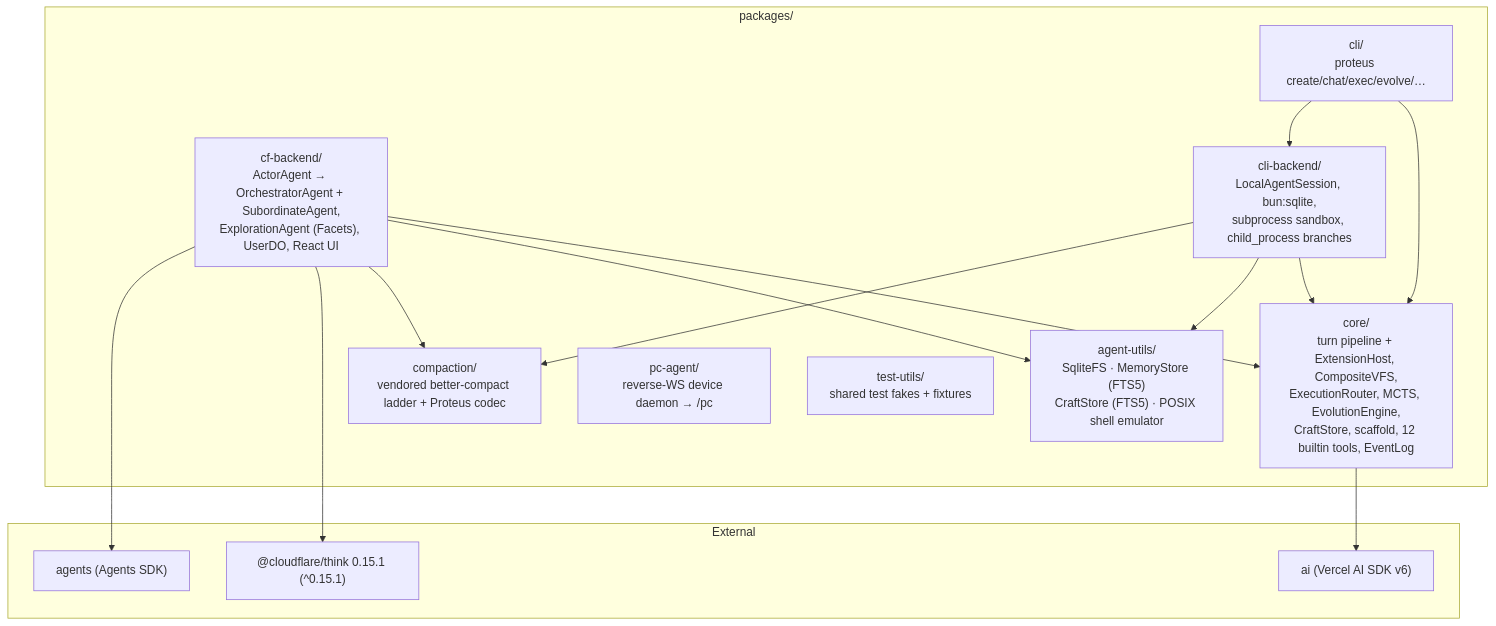
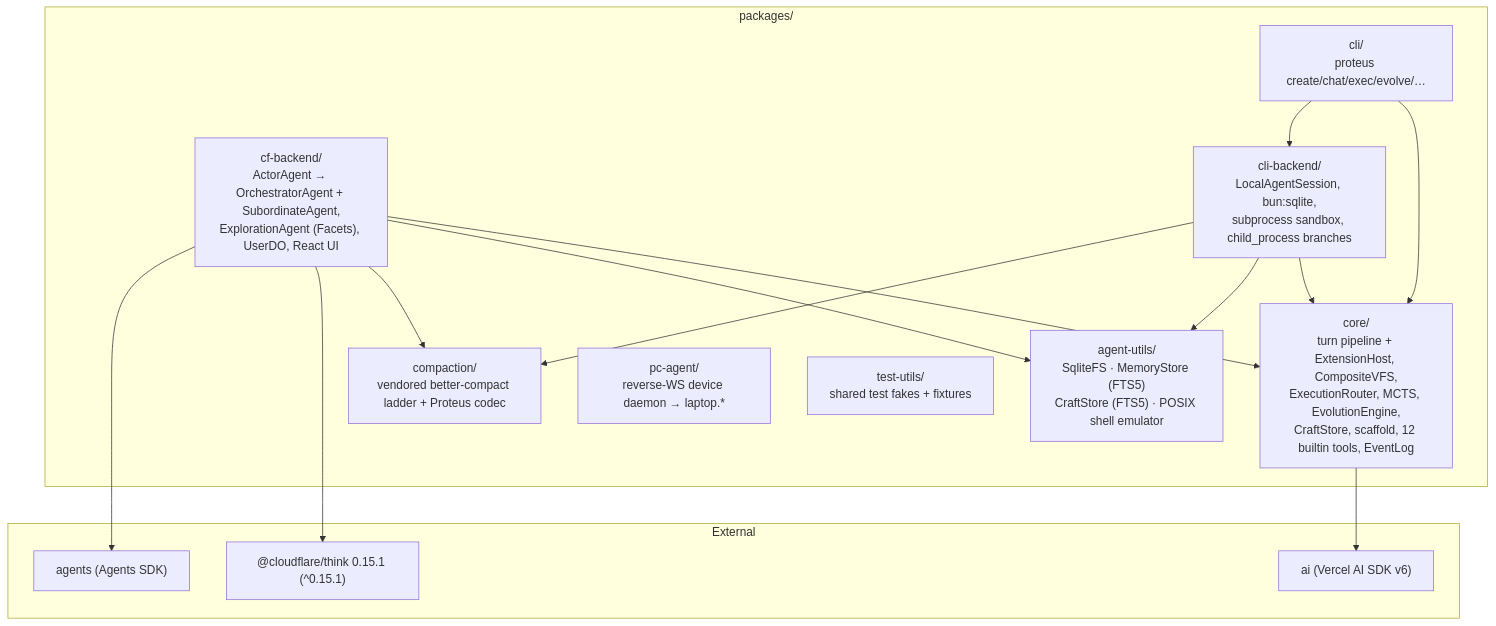
Before and after one commit to AshishKumar4/Proteus: the fifth of 5 diagrams in docs/ARCHITECTURE.md, drawn with Mermaid. The commit also changed other lines of this file and 13 other files, not shown here.

````diff
--- a/docs/ARCHITECTURE.md
+++ b/docs/ARCHITECTURE.md
@@ -384,32 +386,32 @@
 ```mermaid
 graph TB
     subgraph pkgs["packages/"]
         Core["core/<br/>turn pipeline + ExtensionHost, CompositeVFS,<br/>ExecutionRouter, MCTS, EvolutionEngine,<br/>CraftStore, scaffold, 12 builtin tools, EventLog"]
         Utils["agent-utils/<br/>SqliteFS · MemoryStore (FTS5)<br/>CraftStore (FTS5) · POSIX shell emulator"]
         Compact["compaction/<br/>vendored better-compact ladder + Proteus codec"]
         CF["cf-backend/<br/>ActorAgent → OrchestratorAgent + SubordinateAgent,<br/>ExplorationAgent (Facets), UserDO, React UI"]
         CLI["cli/<br/>proteus create/chat/exec/evolve/…"]
         CLIB["cli-backend/<br/>LocalAgentSession, bun:sqlite,<br/>subprocess sandbox, child_process branches"]
-        PC["pc-agent/<br/>reverse-WS device daemon → /pc"]
+        PC["pc-agent/<br/>reverse-WS device daemon → laptop.*"]
         TU["test-utils/<br/>shared test fakes + fixtures"]
     end
 
     CF --> Core
     CF --> Utils
     CF --> Compact
     CLI --> Core
     CLI --> CLIB
     CLIB --> Core
     CLIB --> Utils
     CLIB --> Compact
 
     subgraph ext["External"]
         Think["@cloudflare/think 0.15.1 (^0.15.1)"]
         Agents["agents (Agents SDK)"]
         AISDK["ai (Vercel AI SDK v6)"]
     end
 
     CF --> Think
     CF --> Agents
     Core --> AISDK
 ```
````
